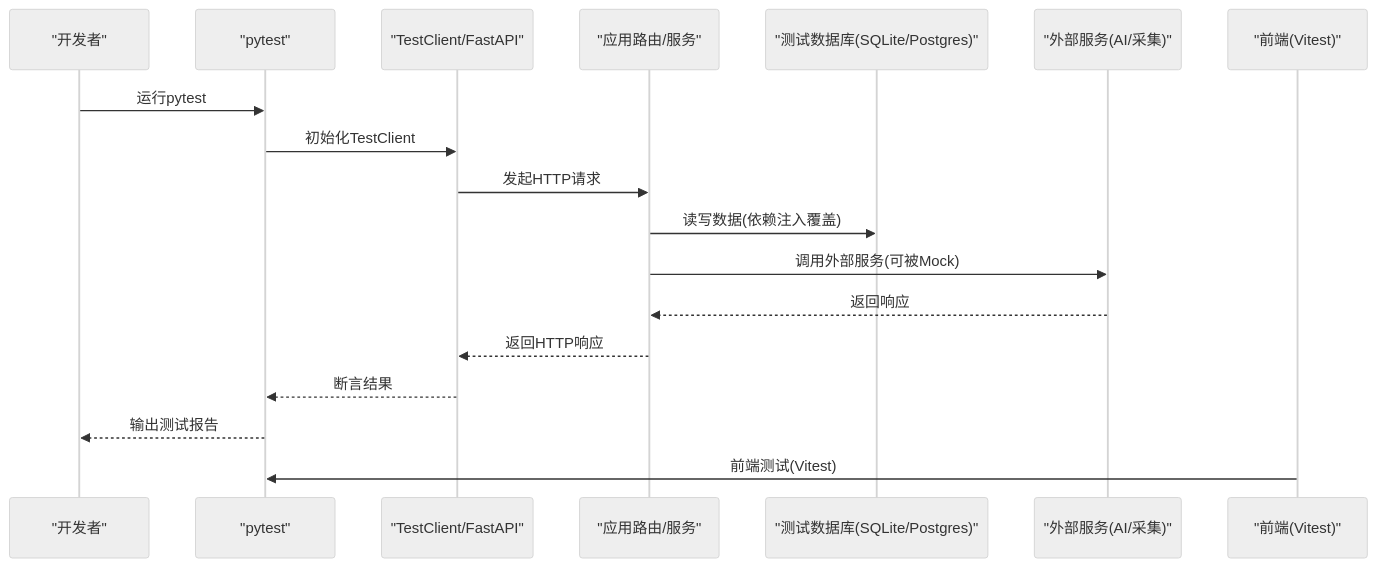
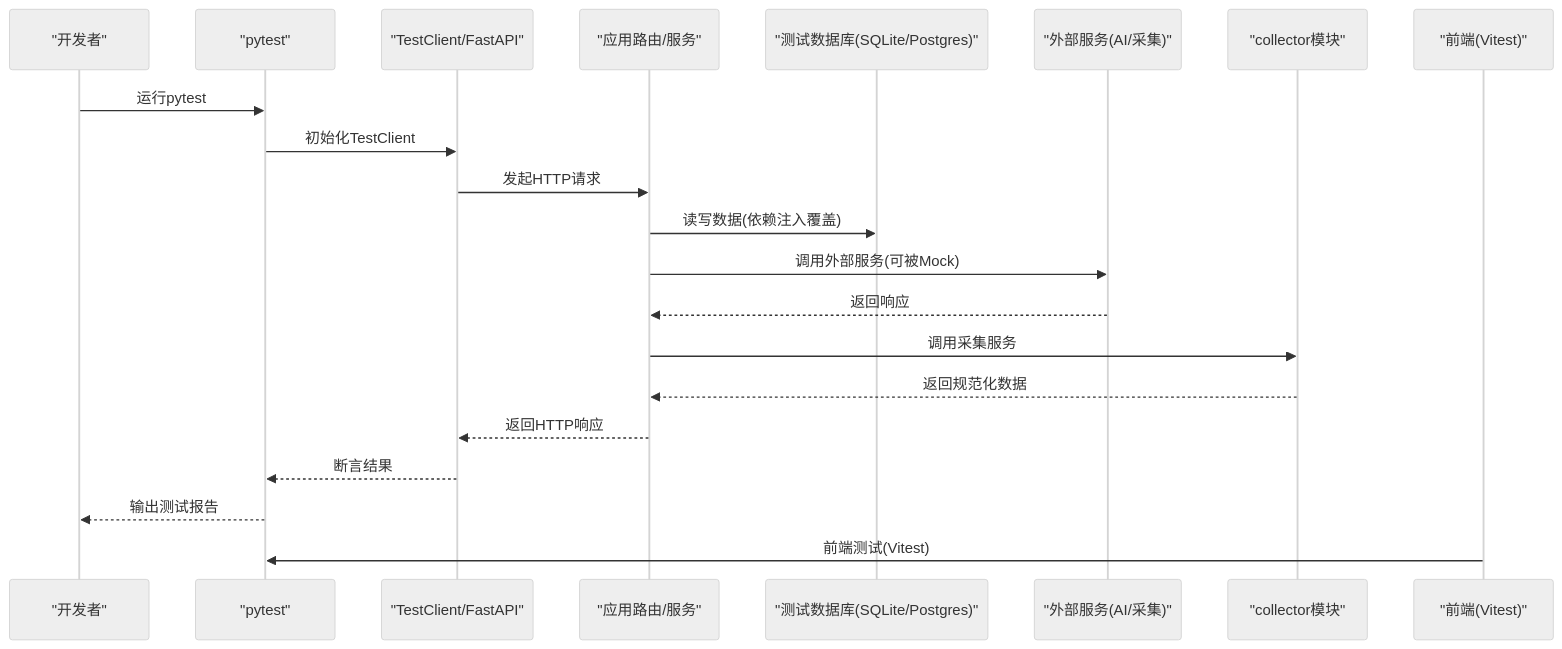
Before and after one commit to dream-ze/AI_huoke-: the second of 7 diagrams in .qoder/repowiki/zh/content/开发指南/测试策略.md, drawn with Mermaid (neutral theme). The commit also changed other lines of this file and 52 other files, not shown here.

````diff
--- a/.qoder/repowiki/zh/content/开发指南/测试策略.md
+++ b/.qoder/repowiki/zh/content/开发指南/测试策略.md
@@ -112,20 +139,23 @@
 ```mermaid
 sequenceDiagram
 participant Dev as "开发者"
 participant Pytest as "pytest"
 participant TC as "TestClient/FastAPI"
 participant App as "应用路由/服务"
 participant DB as "测试数据库(SQLite/Postgres)"
 participant Ext as "外部服务(AI/采集)"
+participant Collector as "collector模块"
 participant FE as "前端(Vitest)"
 Dev->>Pytest : 运行pytest
 Pytest->>TC : 初始化TestClient
 TC->>App : 发起HTTP请求
 App->>DB : 读写数据(依赖注入覆盖)
 App->>Ext : 调用外部服务(可被Mock)
 Ext-->>App : 返回响应
+App->>Collector : 调用采集服务
+Collector-->>App : 返回规范化数据
 App-->>TC : 返回HTTP响应
 TC-->>Pytest : 断言结果
 Pytest-->>Dev : 输出测试报告
 FE->>Pytest : 前端测试(Vitest)
 ```
````
